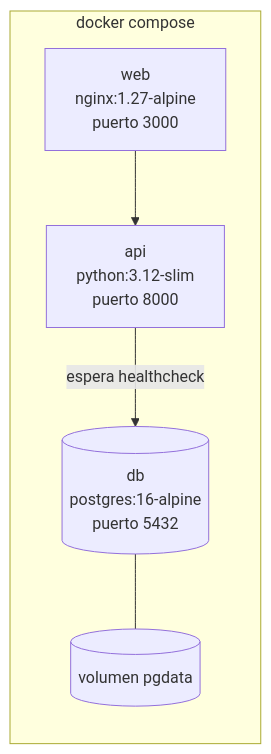
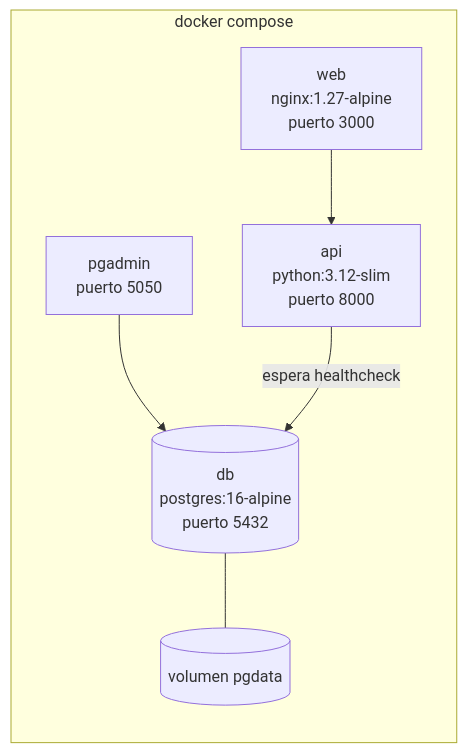
The fourth of 4 diagrams in docs/arquitectura.md (tobiasceruttigothe/TP-DAO), drawn with Mermaid before and after one commit. The commit also changed other lines of this file and 5 other files, not shown here.

````diff
--- a/docs/arquitectura.md
+++ b/docs/arquitectura.md
@@ -188,8 +204,9 @@
 ```mermaid
 flowchart LR
     subgraph docker compose
         WEB[web<br/>nginx:1.27-alpine<br/>puerto 3000] --> API
+        PGA[pgadmin<br/>puerto 5050] --> DB
         API[api<br/>python:3.12-slim<br/>puerto 8000] -- espera healthcheck --> DB[(db<br/>postgres:16-alpine<br/>puerto 5432)]
         DB --- VOL[(volumen pgdata)]
     end
 ```
````
